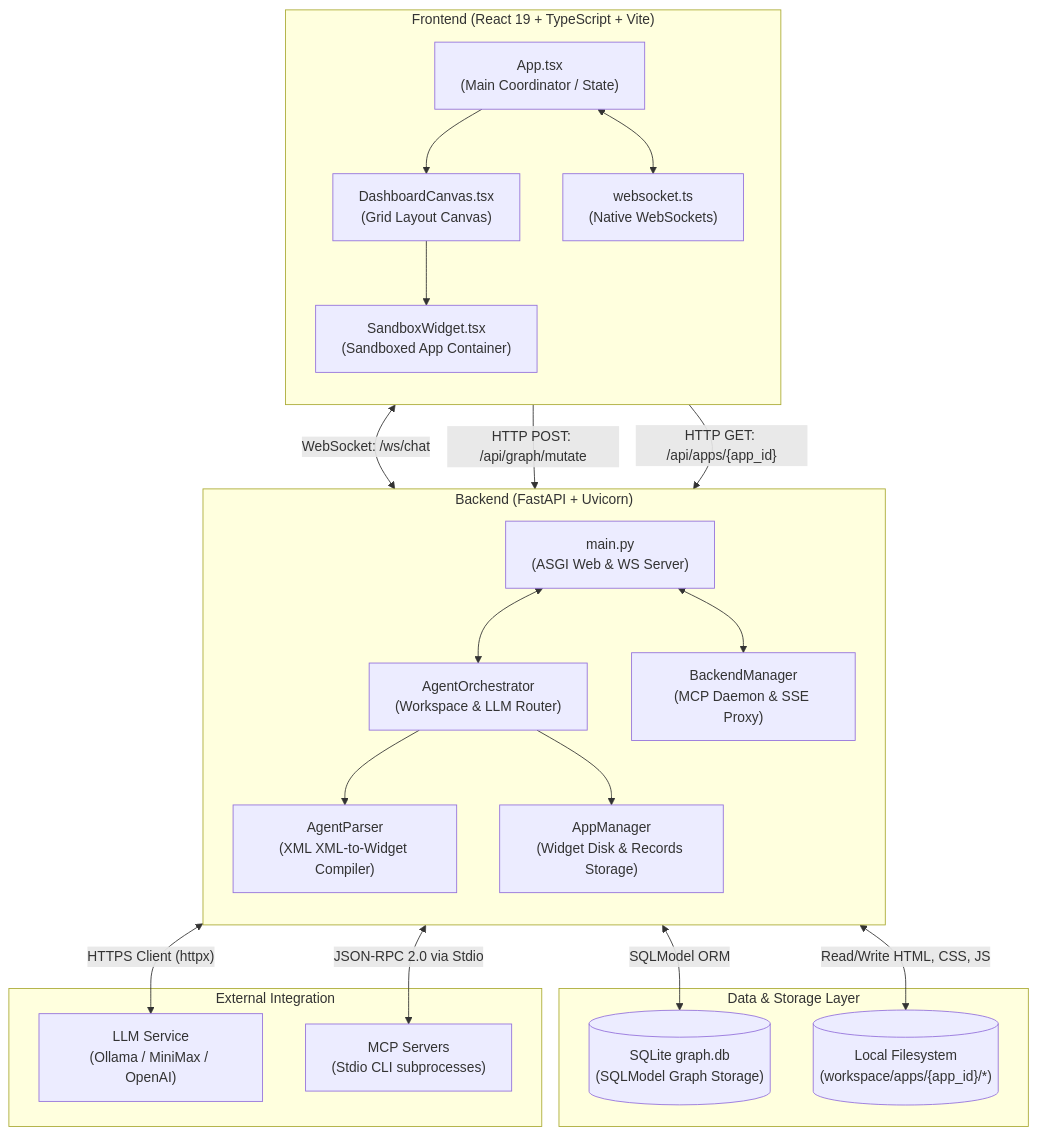
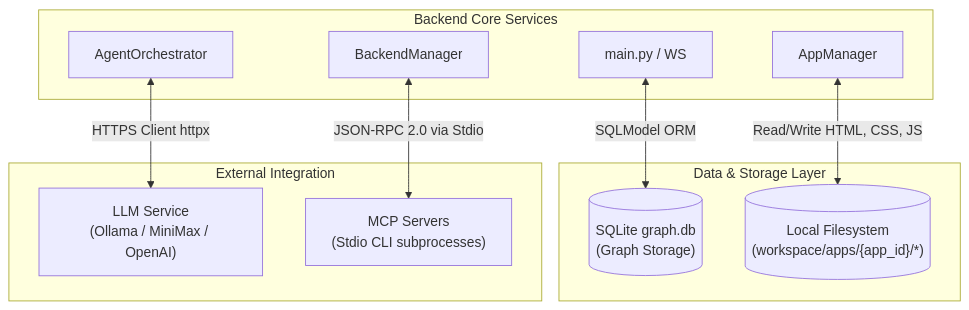
Before and after one commit to BillShiyaoZhang/ambient-agent: the fourth of 4 diagrams in docs/en/architecture/overview.md, drawn with Mermaid. The commit also changed other lines of this file and 8 other files, not shown here.

First line of the commit message:
Split architecture docs by subsystem

````diff
--- a/docs/en/architecture/overview.md
+++ b/docs/en/architecture/overview.md
@@ -5,51 +57,21 @@
 ```mermaid
 graph TB
-    subgraph Frontend["Frontend (React 19 + TypeScript + Vite)"]
-        direction TB
-        App["App.tsx<br/>(Main Coordinator / State)"]
-        Canvas["DashboardCanvas.tsx<br/>(Grid Layout Canvas)"]
-        Sandbox["SandboxWidget.tsx<br/>(Sandboxed App Container)"]
-        WSClient["websocket.ts<br/>(Native WebSockets)"]
+    subgraph Backend["Backend Core Services"]
+        AppMgr["AppManager"]
+        Main["main.py / WS"]
+        BackendMgr["BackendManager"]
+        Orchestrator["AgentOrchestrator"]
     end
-
-    subgraph Backend["Backend (FastAPI + Uvicorn)"]
-        direction TB
-        Main["main.py<br/>(ASGI Web & WS Server)"]
-        Orchestrator["AgentOrchestrator<br/>(Workspace & LLM Router)"]
-        Parser["AgentParser<br/>(XML XML-to-Widget Compiler)"]
-        AppMgr["AppManager<br/>(Widget Disk & Records Storage)"]
-        BackendMgr["BackendManager<br/>(MCP Daemon & SSE Proxy)"]
-    end
-
     subgraph Data["Data & Storage Layer"]
-        SQLiteDB[("SQLite graph.db<br/>(SQLModel Graph Storage)")]
+        SQLiteDB[("SQLite graph.db<br/>(Graph Storage)")]
         DiskApps[("Local Filesystem<br/>(workspace/apps/{app_id}/*)")]
     end
-
     subgraph External["External Integration"]
         LLM["LLM Service<br/>(Ollama / MiniMax / OpenAI)"]
         MCPServer["MCP Servers<br/>(Stdio CLI subprocesses)"]
     end
-
-    %% Connections
-    App --> Canvas
-    Canvas --> Sandbox
-    App <--> WSClient
-    WSClient <-->|WebSocket: /ws/chat| Main
-
-    %% API Calls
-    Sandbox -->|"HTTP POST: /api/graph/mutate"| Main
-    Sandbox -->|"HTTP GET: /api/apps/{app_id}"| Main
-
-    %% Backend Flow
-    Main <--> Orchestrator
-    Orchestrator --> Parser
-    Orchestrator --> AppMgr
-    Main <--> BackendMgr
-
-    %% Database / Disk
     AppMgr <-->|Read/Write HTML, CSS, JS| DiskApps
     Main <-->|SQLModel ORM| SQLiteDB
     BackendMgr <-->|JSON-RPC 2.0 via Stdio| MCPServer
-    Orchestrator <-->|"HTTPS Client (httpx)"| LLM
+    Orchestrator <-->|HTTPS Client httpx| LLM
 ```
````
